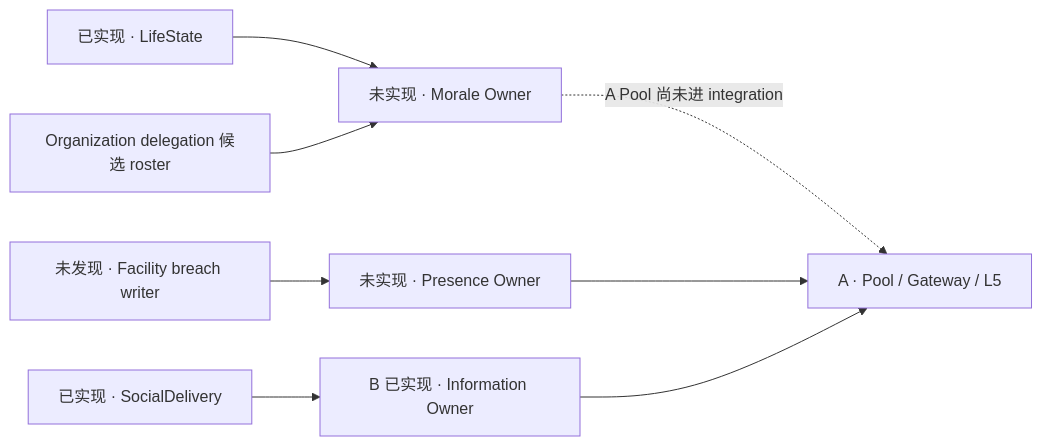
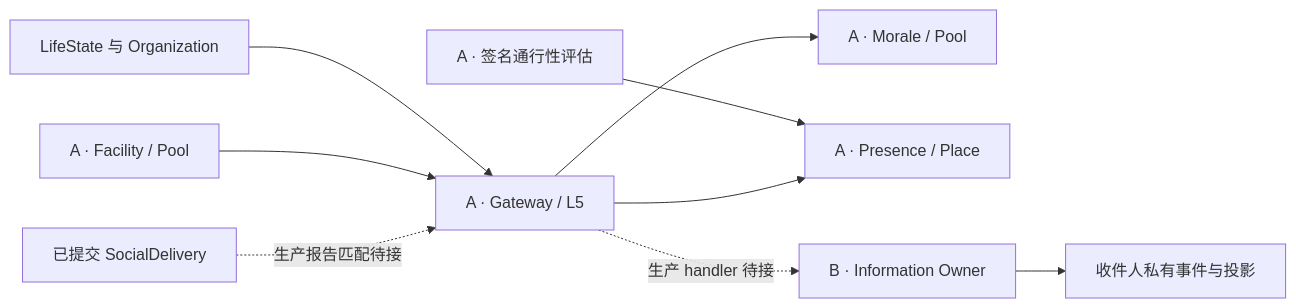
The first of 3 diagrams in docs/verification/siege-three-paths-20261123/design.md (Dancing-coin/Paralls-phase0-1), drawn with Mermaid before and after one commit. The commit also changed other lines of this file and 5 other files, not shown here.

```diff
--- a/docs/verification/siege-three-paths-20261123/design.md
+++ b/docs/verification/siege-three-paths-20261123/design.md
@@ -17,10 +16,11 @@
 ~~~mermaid
 flowchart LR
-    L["已实现 · LifeState"] --> M["未实现 · Morale Owner"]
-    O["Organization delegation 候选 roster"] --> M
-    F["未发现 · Facility breach writer"] --> P["未实现 · Presence Owner"]
-    S["已实现 · SocialDelivery"] --> I["B 已实现 · Information Owner"]
-    M -. "A Pool 尚未进 integration" .-> A["A · Pool / Gateway / L5"]
-    P --> A
-    I --> A
+    LY["LifeState 与 Organization"] --> L["A · Gateway / L5"]
+    L --> M["A · Morale / Pool"]
+    F["A · Facility / Pool"] --> L
+    E["A · 签名通行性评估"] --> P["A · Presence / Place"]
+    L --> P
+    S["已提交 SocialDelivery"] -. "生产报告匹配待接" .-> L
+    L -. "生产 handler 待接" .-> I["B · Information Owner"]
+    I --> G["收件人私有事件与投影"]
 ~~~
```
